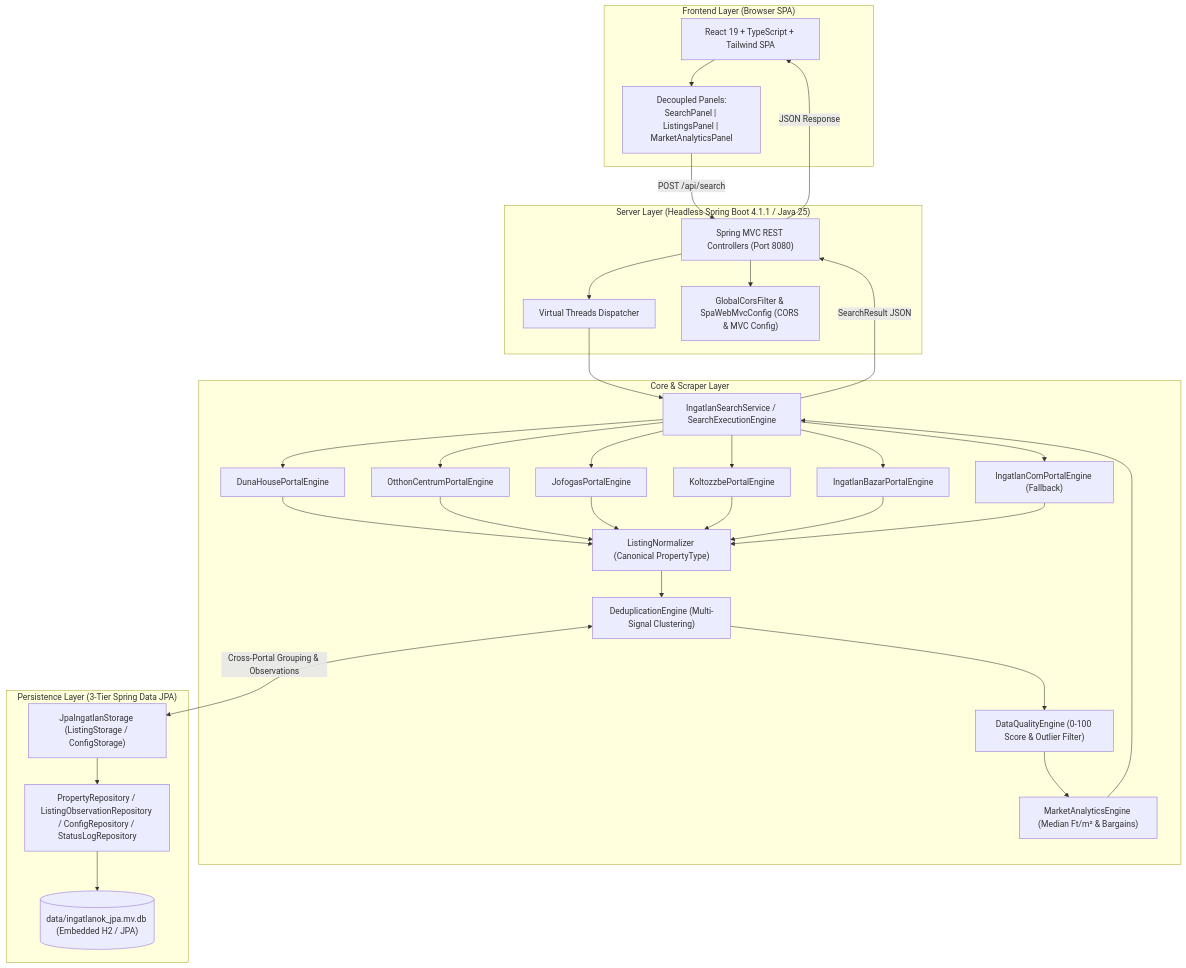
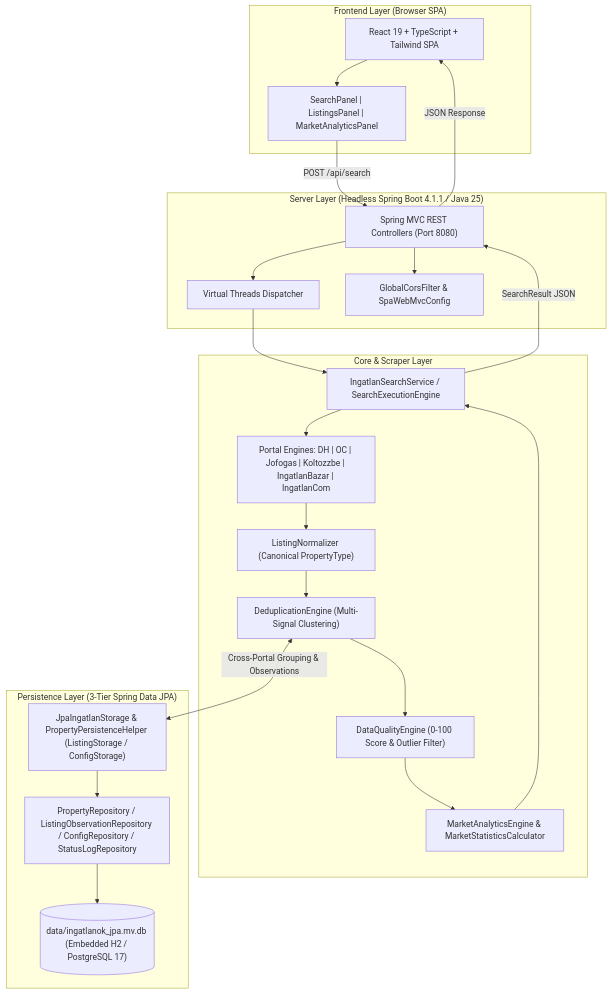
The diagram in gemini.md (Luxeonn/ingatlan-kereso), drawn with Mermaid before and after one commit. The commit also changed other lines of this file and 48 other files, not shown here.

````diff
--- a/gemini.md
+++ b/gemini.md
@@ -13,51 +11,38 @@
 ```mermaid
 flowchart TD
     subgraph UI ["Frontend Layer (Browser SPA)"]
         SPA["React 19 + TypeScript + Tailwind SPA"]
-        Panels["Decoupled Panels:\nSearchPanel | ListingsPanel | MarketAnalyticsPanel"]
+        Panels["SearchPanel | ListingsPanel | MarketAnalyticsPanel"]
         SPA --> Panels
     end
 
     subgraph Server ["Server Layer (Headless Spring Boot 4.1.1 / Java 25)"]
         HTTP["Spring MVC REST Controllers (Port 8080)"]
         VThread["Virtual Threads Dispatcher"]
-        Cors["GlobalCorsFilter & SpaWebMvcConfig (CORS & MVC Config)"]
-        HTTP --> VThread
-        HTTP --> Cors
+        Cors["GlobalCorsFilter & SpaWebMvcConfig"]
+        HTTP --> VThread & Cors
     end
 
     subgraph Service ["Core & Scraper Layer"]
         Orchestrator["IngatlanSearchService / SearchExecutionEngine"]
         Normalizer["ListingNormalizer (Canonical PropertyType)"]
-        P1["DunaHousePortalEngine"]
-        P2["OtthonCentrumPortalEngine"]
-        P3["JofogasPortalEngine"]
-        P4["KoltozzbePortalEngine"]
-        P5["IngatlanBazarPortalEngine"]
-        P6["IngatlanComPortalEngine (Fallback)"]
+        Portals["Portal Engines: DH | OC | Jofogas | Koltozzbe | IngatlanBazar | IngatlanCom"]
         Quality["DataQualityEngine (0-100 Score & Outlier Filter)"]
-        Analytics["MarketAnalyticsEngine (Median Ft/m² & Bargains)"]
+        Analytics["MarketAnalyticsEngine & MarketStatisticsCalculator"]
         Dedup["DeduplicationEngine (Multi-Signal Clustering)"]
         
-        Orchestrator --> P1 & P2 & P3 & P4 & P5 & P6
-        P1 & P2 & P3 & P4 & P5 & P6 --> Normalizer
-        Normalizer --> Dedup
-        Dedup --> Quality
-        Quality --> Analytics
+        Orchestrator --> Portals --> Normalizer --> Dedup --> Quality --> Analytics
     end
 
     subgraph Persistence ["Persistence Layer (3-Tier Spring Data JPA)"]
-        Storage["JpaIngatlanStorage (ListingStorage / ConfigStorage)"]
+        Storage["JpaIngatlanStorage & PropertyPersistenceHelper (ListingStorage / ConfigStorage)"]
         Repo["PropertyRepository / ListingObservationRepository / ConfigRepository / StatusLogRepository"]
-        H2[("data/ingatlanok_jpa.mv.db (Embedded H2 / JPA)")]
-        
+        H2[("data/ingatlanok_jpa.mv.db (Embedded H2 / PostgreSQL 17)")]
         Storage --> Repo --> H2
     end
 
     Panels -->|POST /api/search| HTTP
     VThread --> Orchestrator
     Dedup <-->|Cross-Portal Grouping & Observations| Storage
-    Analytics --> Orchestrator
-    Orchestrator -->|SearchResult JSON| HTTP
-    HTTP -->|JSON Response| SPA
+    Analytics --> Orchestrator -->|SearchResult JSON| HTTP -->|JSON Response| SPA
 ```
````
